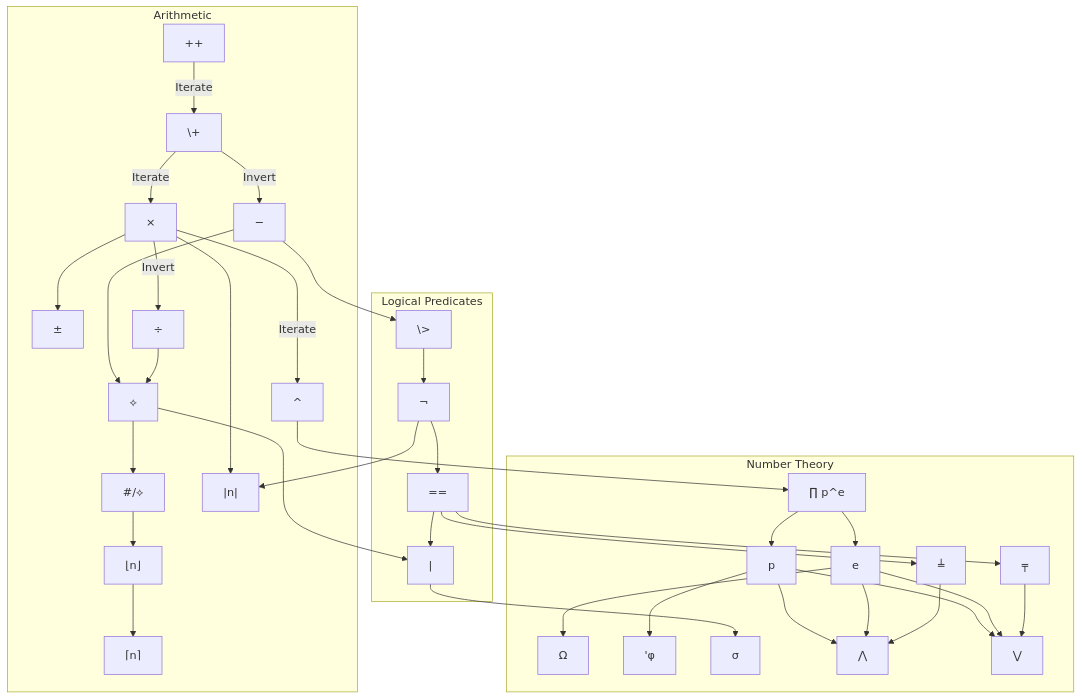
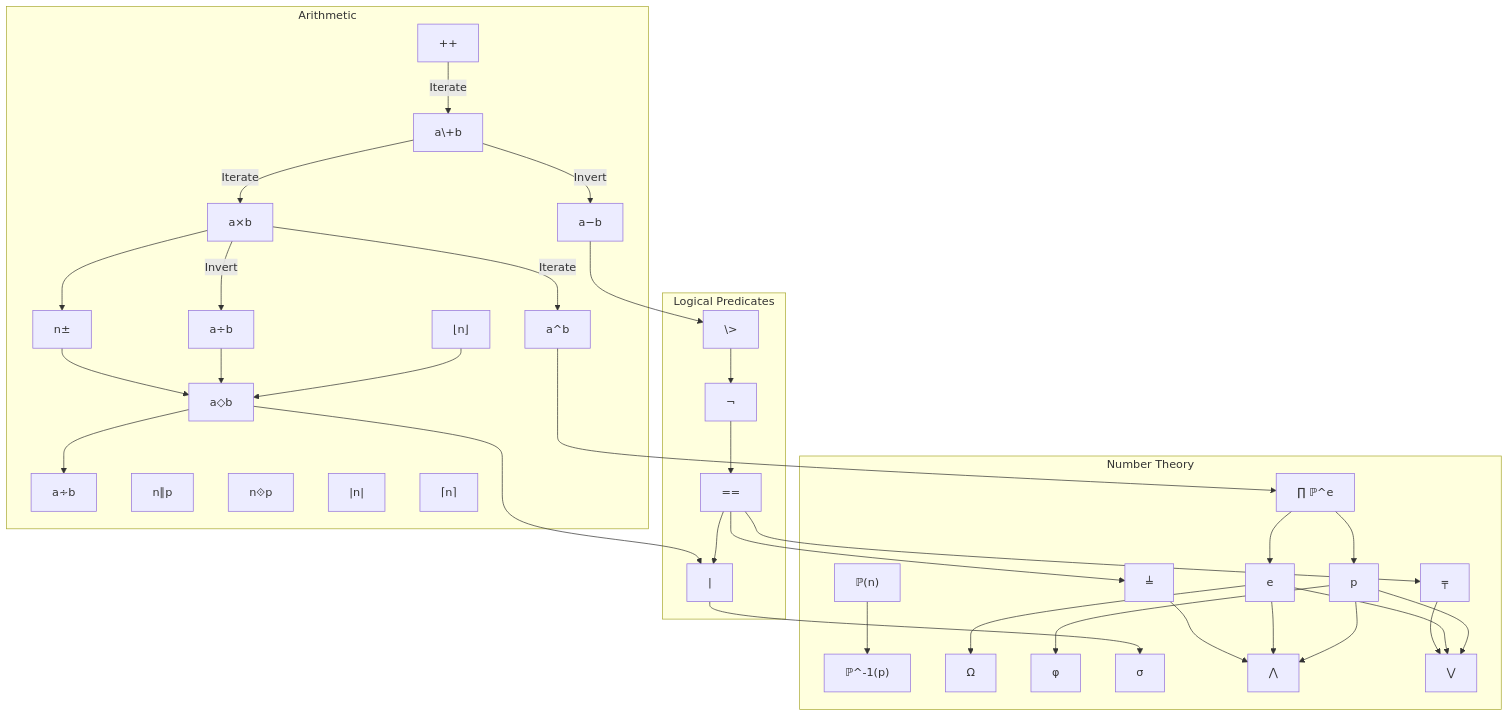
Before and after one commit to Gammapod/AutoCalc: the diagram in design_refs/dependency_map.mmd, drawn with Mermaid. The commit also changed 2 other files, not shown here.

```diff
--- a/design_refs/dependency_map.mmd
+++ b/design_refs/dependency_map.mmd
@@ -1,121 +1,128 @@
 flowchart TD
 
 %% subgraph Inputs ["Value Expression"]
 %%     Iim["i"]
 %%     Idigits["0-9"]
 %% end
 %% subgraph Utilities ["Utilities"]
 %%     Uc["C"]
 %%     Uce["CE"]
 %% end
 %% subgraph Expressable ["Expressable Values"]
 %%     NN["ℕ (1)"]
 %%     NZ["ℤ (-1)"]
 %%     NQ["ℚ (1/2)"]
 %%     NA["𝔸 (√2)"]
 %%     NR["ℝ (π)"]
 %%     NC["ℂ (√-1)"]
+%%     NP["ℙ (2)"]
 %%     NN --> NZ --> NQ --> NA --> NR --> NC
 %% end
 
 subgraph Theory ["Number Theory"]
-    Tprime_expansion["∏ p^e"]
+    Tprime_expansion["∏ ℙ^e"]
+    Tntop["ℙ(n)"]
+    %% Returns nth prime. ℙ(3) = 5
+    Tpton["ℙ^-1(p)"]
+    %% Returns index of prime p. ℙ^-1(5) = 3
     Tprime["p"]
     Texponent["e"]
     Tomega["Ω"]
     %% Expanded form `[ Σe_p ]`
-    Ttotient["'φ"]
+    Ttotient["φ"]
     %% Expanded form `[ n × ∏(1-p^-1) ]`
     Tdivisor_sum["σ"]
     %% Expanded form `[ Σ( (d|n) × d) ]`
     Tgcd["⋀"]
     %% Expanded form `[ ∏p^(e_a ╤ e_b) ]`
     Tlcm["⋁"]
     %% Expanded form `[ ∏p^(e_a ╧ e_b) ]`
     Tmin["╤"]  
     %% Expanded form `[ a×(b>a) + b×((a>b) + (a==b)) ]`
     Tmax["╧"]
     %% Expanded form `[a×(a>b) + b×((b>a) + (b==a))]`
 
+    Tntop --> Tpton
 
     Tprime_expansion --> Tprime
     Tprime_expansion --> Texponent
 
     Texponent --> Tomega
 
     Tprime --> Ttotient
 
     Tprime --> Tgcd
     Texponent --> Tgcd
     Tmax --> Tgcd
 
     Tprime --> Tlcm
     Texponent --> Tlcm
     Tmin --> Tlcm
 
 end
 
 subgraph Arithmetic ["Arithmetic"]
     Ainc["++"]
-    Aneg["±"]
-    Aminus["−"]
-    Aplus["\+"]
-    Amul["×"]
-    Adiv["÷"]
-    Apow["^"]
-    Aeudiv["#/⟡"]
-    %% Expanded form `[ a - (a ⟡ b) ÷ b ]`
-    Amod["⟡"]
-    %% Expanded form `[ a – (a ÷ b)]
+    Aneg["n±"]
+    Aminus["a−b"]
+    Aplus["a\+b"]
+    Amul["a×b"]
+    Adiv["a÷b"]
+    Apow["a^b"]
+    Amod["a◇b"]
+    %% Expanded form `a [÷b] [⌊n⌋] [×b] [±] [+a]`
+    Aeudiv["a∻b"]
+    %% Expanded form `[a÷b] - [a◇b]`
+    Apadic["n∥p"]
+    %% Expanded form ``
+    Ares["n⟐p"]
+    %% Expanded form `n⟐p -> n/(p^(n∥p))`
+    %% Expanded form `60⟐2=15 -> 60/(2^2)=15`
     Aabs["|n|"]
-    %% Expanded form `[ ¬n × n ]`
+    %% Expanded form ``
     Afloor["⌊n⌋"]
-    %% Expanded form `[ (n # 1)  ]`
+    %% Expanded form ``
     Aceil["⌈n⌉"]
-    %% Expanded form `[ (⌊n⌋ ++) ]`
+    %% Expanded form ``
+    %% a/b - r/b = q
 
+    Afloor --> Amod
+    Adiv --> Amod
+    Aneg --> Amod
     Ainc -->|Iterate| Aplus
     Aplus -->|Iterate| Amul
     Amul -->|Iterate| Apow
 
+    Amod --> Aeudiv
+
     Aplus -->|Invert| Aminus
     Amul -->|Invert| Adiv
 
-    Aminus --> Amod
-    Adiv --> Amod
-    Amod --> Aeudiv
-    
-    Aeudiv --> Afloor
-
-    Afloor --> Aceil
-
-    Amul --> Aabs
     Amul --> Aneg
 end
 
 subgraph Logic ["Logical Predicates"]
     Lnot["¬"]
     %% Expanded form `[ 1 > n]`
     Ldivides["|"]
-    %% Expanded form `[ (b ⟡ a) == 0 ]`
+    %% Expanded form `[ (b ◇ a) == 0 ]`
     Lequals["=="]
     %% Expanded form `a [ - b] [ ¬ ]`
     Lgreater["\>"]
     %% Expanded form `[ (a - b) == |a - b| ]
     Lgreater --> Lnot --> Lequals --> Ldivides
 end
     
 Apow --> Tprime_expansion
 Ldivides --> Tdivisor_sum
 Lequals --> Tmin
 Lequals --> Tmax
 Aminus --> Lgreater
 Amod --> Ldivides
-Lnot --> Aabs
     %% 
 %% Idigits --> NN
 %% 
 %% Aneg --> NZ
 %% 
 %% Adiv --> NQ
 %% Iim --> NC
```
